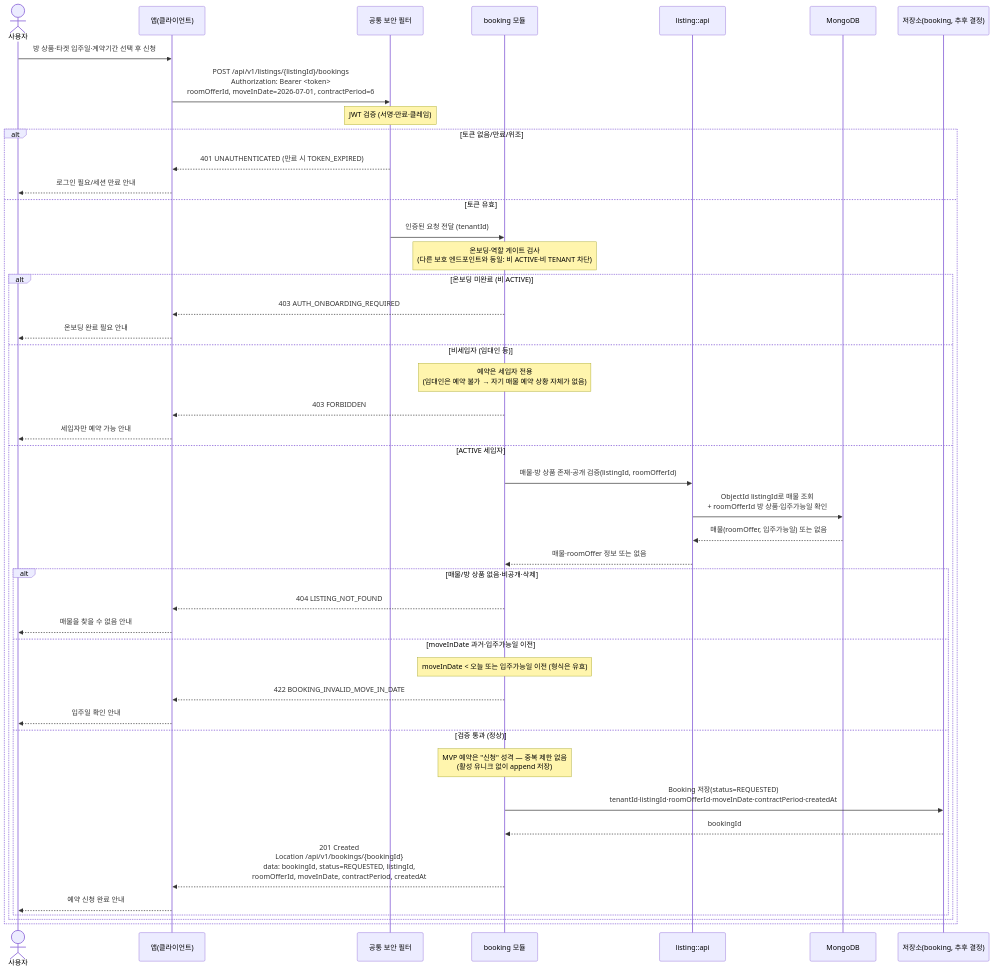
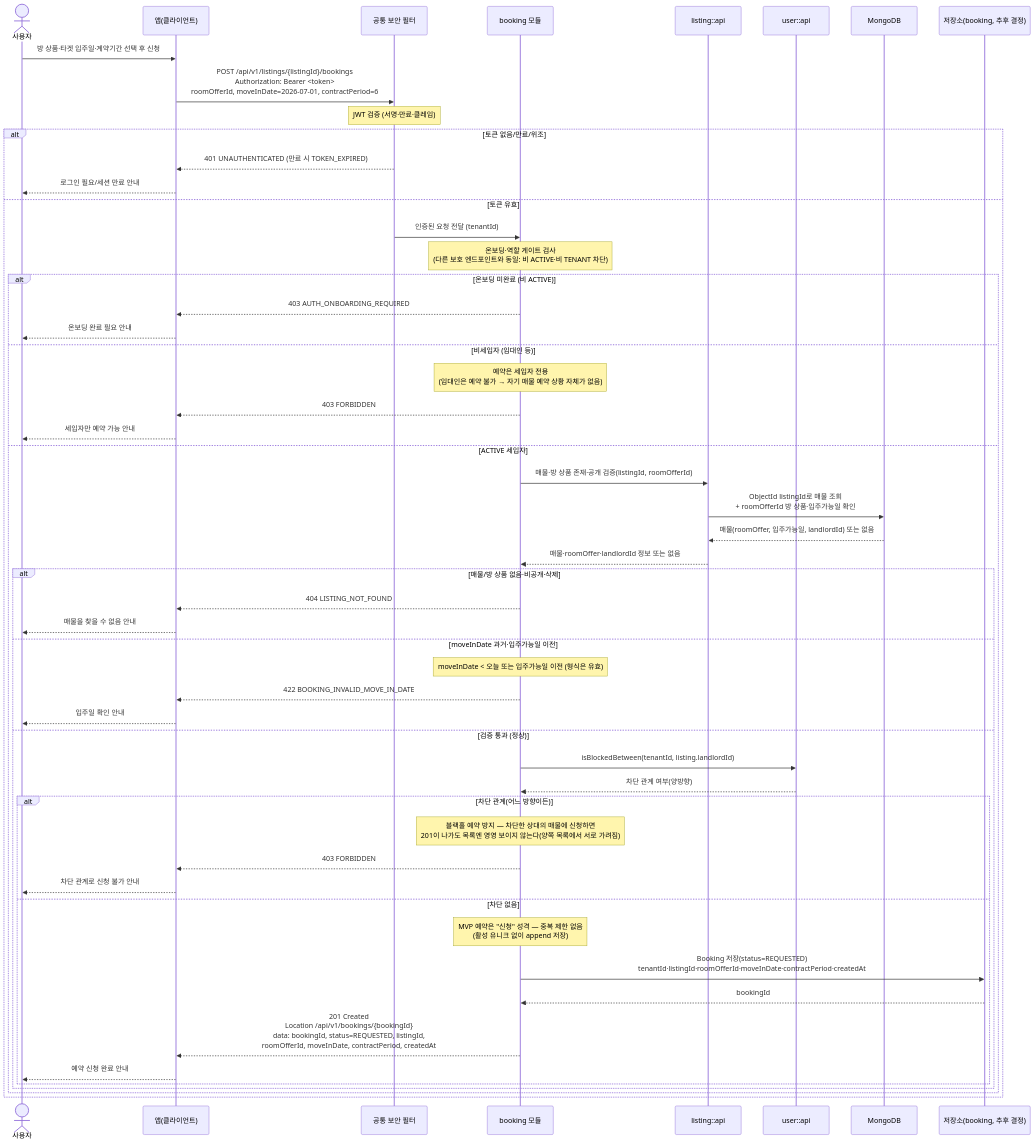
The diagram in docs/architecture/sequence-diagrams/04-booking-inquiry-chat/us-4-1-booking-create.md (jameskim9509/Kohere-backend), drawn with Mermaid before and after one commit. The commit also changed other lines of this file and 17 other files, not shown here.

First line of the commit message:
docs(booking): 예약 삭제·차단·신고 API 설계 문서 반영

````diff
--- a/docs/architecture/sequence-diagrams/04-booking-inquiry-chat/us-4-1-booking-create.md
+++ b/docs/architecture/sequence-diagrams/04-booking-inquiry-chat/us-4-1-booking-create.md
@@ -5,51 +5,61 @@
 ```mermaid
 sequenceDiagram
     actor U as 사용자
     participant C as 앱(클라이언트)
     participant SEC as 공통 보안 필터
     participant BOOK as booking 모듈
     participant LIST as listing::api
+    participant USER as user::api
     participant MDB as MongoDB
     participant XDB as 저장소(booking, 추후 결정)
 
     U->>C: 방 상품·타겟 입주일·계약기간 선택 후 신청
     C->>SEC: POST /api/v1/listings/{listingId}/bookings<br/>Authorization: Bearer <token><br/>roomOfferId, moveInDate=2026-07-01, contractPeriod=6
     Note over SEC: JWT 검증 (서명·만료·클레임)
 
     alt 토큰 없음/만료/위조
         SEC-->>C: 401 UNAUTHENTICATED (만료 시 TOKEN_EXPIRED)
         C-->>U: 로그인 필요/세션 만료 안내
     else 토큰 유효
         SEC->>BOOK: 인증된 요청 전달 (tenantId)
         Note over BOOK: 온보딩·역할 게이트 검사<br/>(다른 보호 엔드포인트와 동일: 비 ACTIVE·비 TENANT 차단)
 
         alt 온보딩 미완료 (비 ACTIVE)
             BOOK-->>C: 403 AUTH_ONBOARDING_REQUIRED
             C-->>U: 온보딩 완료 필요 안내
         else 비세입자 (임대인 등)
             Note over BOOK: 예약은 세입자 전용<br/>(임대인은 예약 불가 → 자기 매물 예약 상황 자체가 없음)
             BOOK-->>C: 403 FORBIDDEN
             C-->>U: 세입자만 예약 가능 안내
         else ACTIVE 세입자
             BOOK->>LIST: 매물·방 상품 존재·공개 검증(listingId, roomOfferId)
             LIST->>MDB: ObjectId listingId로 매물 조회<br/>+ roomOfferId 방 상품·입주가능일 확인
-            MDB-->>LIST: 매물(roomOffer, 입주가능일) 또는 없음
-            LIST-->>BOOK: 매물·roomOffer 정보 또는 없음
+            MDB-->>LIST: 매물(roomOffer, 입주가능일, landlordId) 또는 없음
+            LIST-->>BOOK: 매물·roomOffer·landlordId 정보 또는 없음
 
             alt 매물/방 상품 없음·비공개·삭제
                 BOOK-->>C: 404 LISTING_NOT_FOUND
                 C-->>U: 매물을 찾을 수 없음 안내
             else moveInDate 과거·입주가능일 이전
                 Note over BOOK: moveInDate < 오늘 또는 입주가능일 이전 (형식은 유효)
                 BOOK-->>C: 422 BOOKING_INVALID_MOVE_IN_DATE
                 C-->>U: 입주일 확인 안내
             else 검증 통과 (정상)
-                Note over BOOK: MVP 예약은 "신청" 성격 — 중복 제한 없음<br/>(활성 유니크 없이 append 저장)
-                BOOK->>XDB: Booking 저장(status=REQUESTED)<br/>tenantId·listingId·roomOfferId·moveInDate·contractPeriod·createdAt
-                XDB-->>BOOK: bookingId
-                BOOK-->>C: 201 Created<br/>Location /api/v1/bookings/{bookingId}<br/>data: bookingId, status=REQUESTED, listingId,<br/>roomOfferId, moveInDate, contractPeriod, createdAt
-                C-->>U: 예약 신청 완료 안내
+                BOOK->>USER: isBlockedBetween(tenantId, listing.landlordId)
+                USER-->>BOOK: 차단 관계 여부(양방향)
+
+                alt 차단 관계(어느 방향이든)
+                    Note over BOOK: 블랙홀 예약 방지 — 차단한 상대의 매물에 신청하면<br/>201이 나가도 목록엔 영영 보이지 않는다(양쪽 목록에서 서로 가려짐)
+                    BOOK-->>C: 403 FORBIDDEN
+                    C-->>U: 차단 관계로 신청 불가 안내
+                else 차단 없음
+                    Note over BOOK: MVP 예약은 "신청" 성격 — 중복 제한 없음<br/>(활성 유니크 없이 append 저장)
+                    BOOK->>XDB: Booking 저장(status=REQUESTED)<br/>tenantId·listingId·roomOfferId·moveInDate·contractPeriod·createdAt
+                    XDB-->>BOOK: bookingId
+                    BOOK-->>C: 201 Created<br/>Location /api/v1/bookings/{bookingId}<br/>data: bookingId, status=REQUESTED, listingId,<br/>roomOfferId, moveInDate, contractPeriod, createdAt
+                    C-->>U: 예약 신청 완료 안내
+                end
             end
         end
     end
 ```
````
